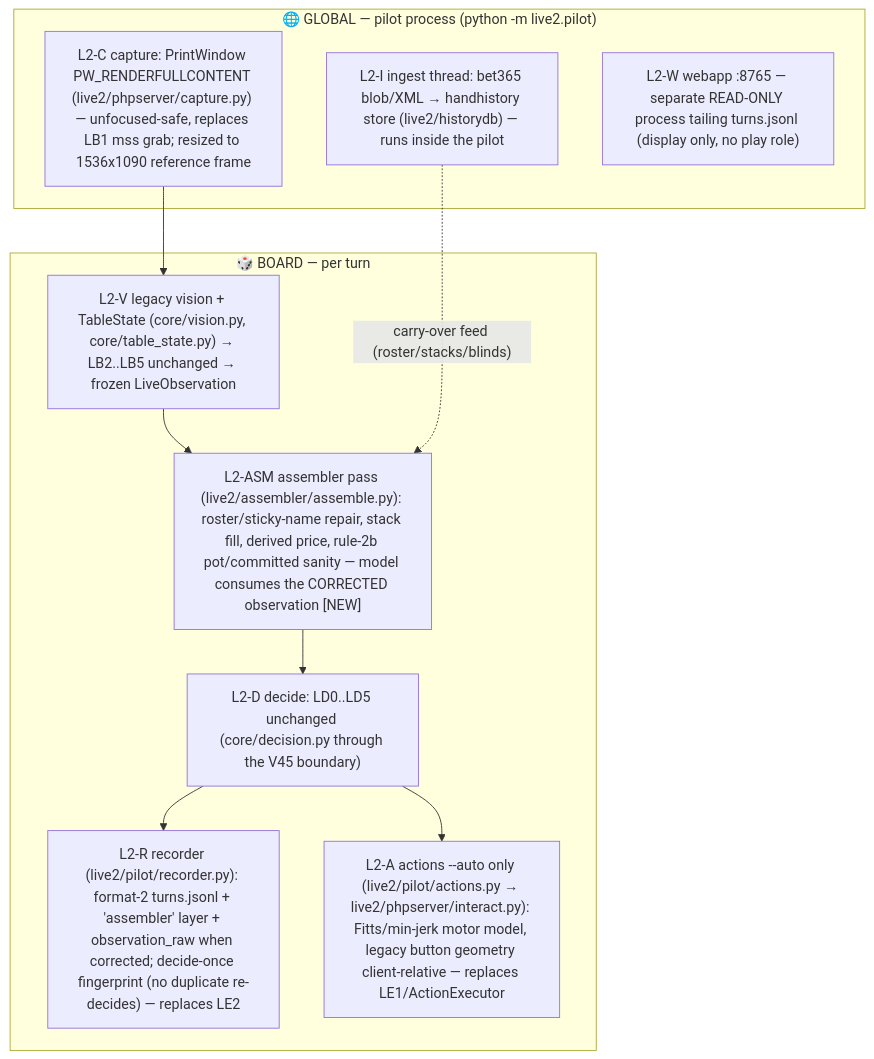
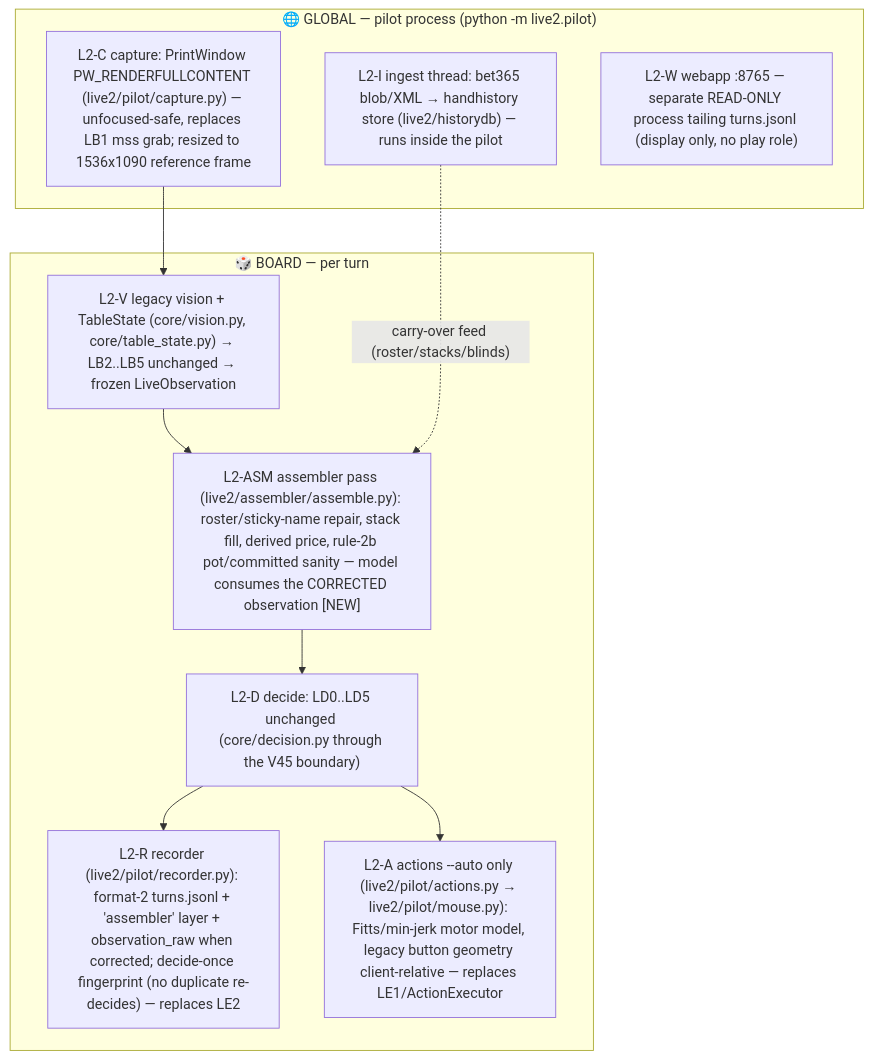
The third of 3 diagrams in .agents/skills/OFK/references/pipeline-flow.md (Zwonkie/AIPoker), drawn with Mermaid before and after one commit. The commit also changed other lines of this file and 16 other files, not shown here.

First line of the commit message:
refactor: dissolve phpserver into pilot (capture/mouse); webapp becomes pilot supervisor

````diff
--- a/.agents/skills/OFK/references/pipeline-flow.md
+++ b/.agents/skills/OFK/references/pipeline-flow.md
@@ -162,18 +162,18 @@
 ```mermaid
 flowchart TD
     subgraph L2GLOBAL["🌐 GLOBAL — pilot process (python -m live2.pilot)"]
-        L2C["L2-C capture: PrintWindow PW_RENDERFULLCONTENT (live2/phpserver/capture.py) — unfocused-safe, replaces LB1 mss grab; resized to 1536x1090 reference frame"]
+        L2C["L2-C capture: PrintWindow PW_RENDERFULLCONTENT (live2/pilot/capture.py) — unfocused-safe, replaces LB1 mss grab; resized to 1536x1090 reference frame"]
         L2I["L2-I ingest thread: bet365 blob/XML → handhistory store (live2/historydb) — runs inside the pilot"]
         L2W["L2-W webapp :8765 — separate READ-ONLY process tailing turns.jsonl (display only, no play role)"]
     end
     subgraph L2BOARD["🎲 BOARD — per turn"]
         L2V["L2-V legacy vision + TableState (core/vision.py, core/table_state.py) → LB2..LB5 unchanged → frozen LiveObservation"]
         L2ASM["L2-ASM assembler pass (live2/assembler/assemble.py): roster/sticky-name repair, stack fill, derived price, rule-2b pot/committed sanity — model consumes the CORRECTED observation [NEW]"]
         L2D["L2-D decide: LD0..LD5 unchanged (core/decision.py through the V45 boundary)"]
         L2R["L2-R recorder (live2/pilot/recorder.py): format-2 turns.jsonl + 'assembler' layer + observation_raw when corrected; decide-once fingerprint (no duplicate re-decides) — replaces LE2"]
-        L2A["L2-A actions --auto only (live2/pilot/actions.py → live2/phpserver/interact.py): Fitts/min-jerk motor model, legacy button geometry client-relative — replaces LE1/ActionExecutor"]
+        L2A["L2-A actions --auto only (live2/pilot/actions.py → live2/pilot/mouse.py): Fitts/min-jerk motor model, legacy button geometry client-relative — replaces LE1/ActionExecutor"]
     end
     L2C --> L2V --> L2ASM --> L2D --> L2R
     L2D --> L2A
     L2I -. "carry-over feed (roster/stacks/blinds)" .-> L2ASM
 ```
````
